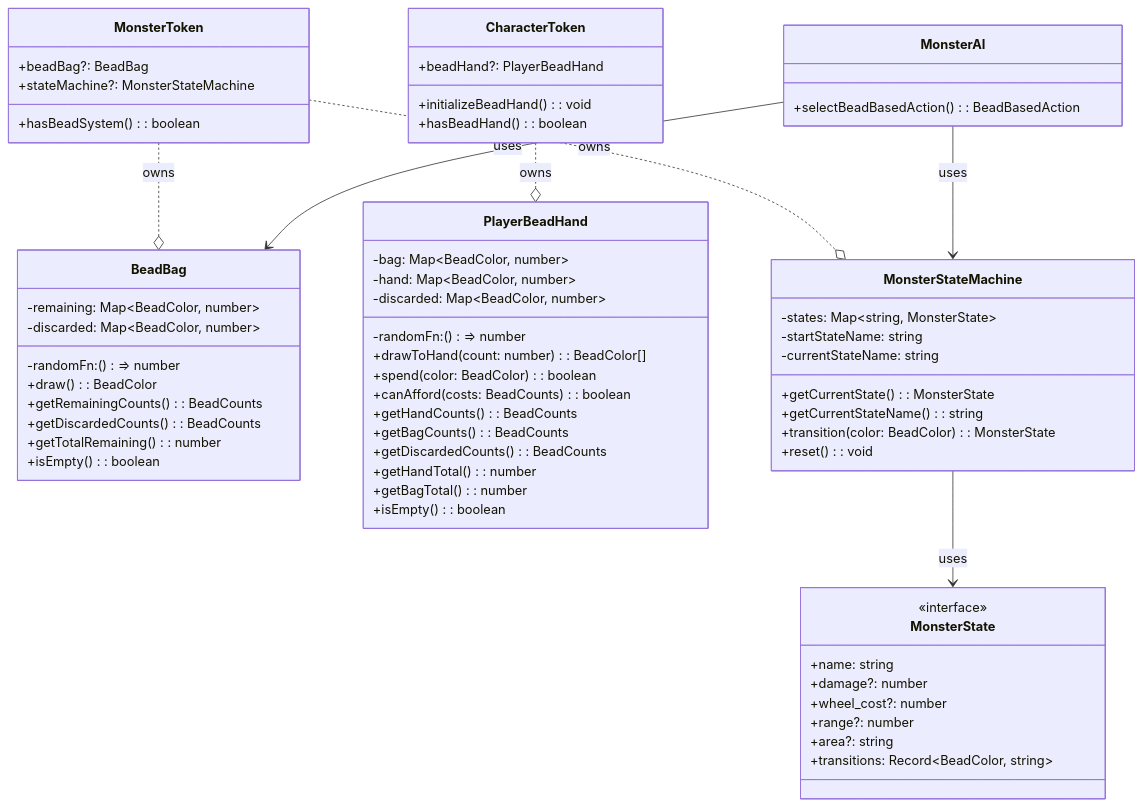
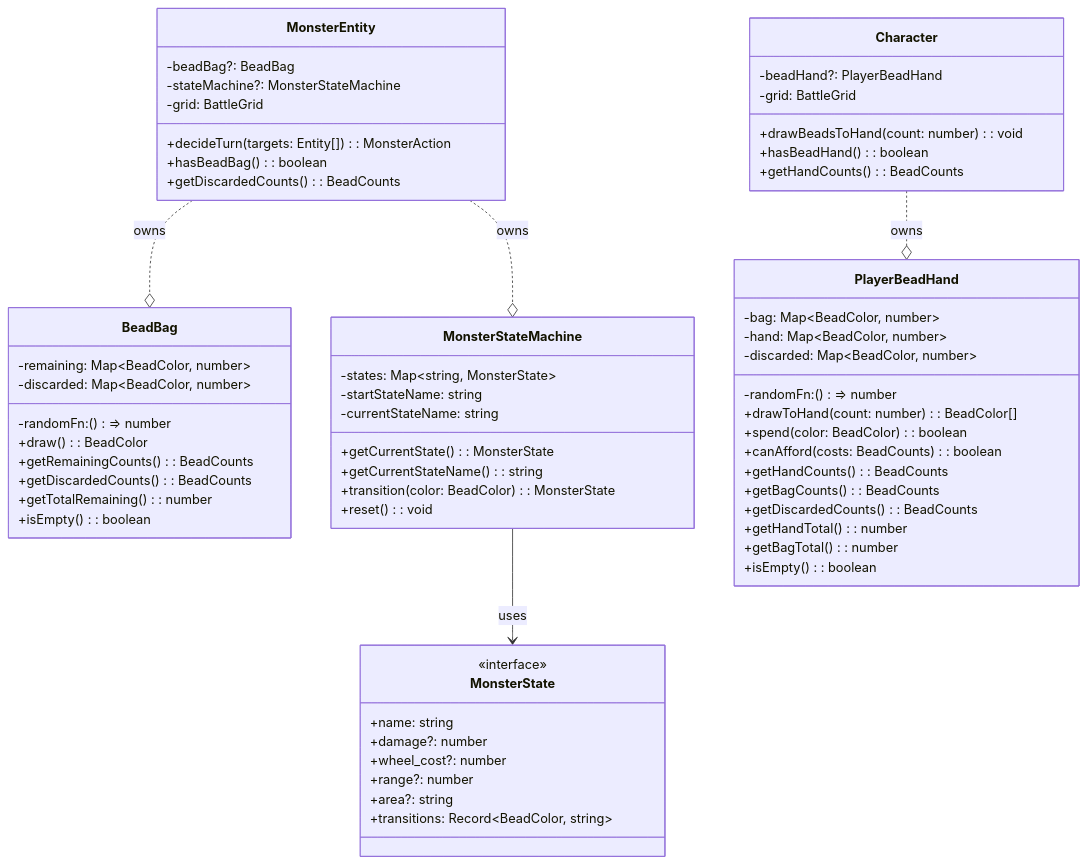
One commit to Dpothier/tabletop-workshop changed the first of 3 diagrams in docs/architecture/bead-system.md. Above: the diagram before and after it, drawn with Mermaid. The commit also changed other lines of this file and 40 other files, not shown here.

First line of the commit message:
feat: implement state/visual separation architecture

````diff
--- a/docs/architecture/bead-system.md
+++ b/docs/architecture/bead-system.md
@@ -26,72 +25,71 @@
 ```mermaid
 classDiagram
     class BeadBag {
         -remaining: Map~BeadColor, number~
         -discarded: Map~BeadColor, number~
         -randomFn: () => number
         +draw(): BeadColor
         +getRemainingCounts(): BeadCounts
         +getDiscardedCounts(): BeadCounts
         +getTotalRemaining(): number
         +isEmpty(): boolean
     }
 
     class PlayerBeadHand {
         -bag: Map~BeadColor, number~
         -hand: Map~BeadColor, number~
         -discarded: Map~BeadColor, number~
         -randomFn: () => number
         +drawToHand(count: number): BeadColor[]
         +spend(color: BeadColor): boolean
         +canAfford(costs: BeadCounts): boolean
         +getHandCounts(): BeadCounts
         +getBagCounts(): BeadCounts
         +getDiscardedCounts(): BeadCounts
         +getHandTotal(): number
         +getBagTotal(): number
         +isEmpty(): boolean
     }
 
     class MonsterStateMachine {
         -states: Map~string, MonsterState~
         -startStateName: string
         -currentStateName: string
         +getCurrentState(): MonsterState
         +getCurrentStateName(): string
         +transition(color: BeadColor): MonsterState
         +reset(): void
     }
 
     class MonsterState {
         <<interface>>
         +name: string
         +damage?: number
         +wheel_cost?: number
         +range?: number
         +area?: string
         +transitions: Record~BeadColor, string~
     }
 
-    class MonsterToken {
-        +beadBag?: BeadBag
-        +stateMachine?: MonsterStateMachine
-        +hasBeadSystem(): boolean
+    class MonsterEntity {
+        -beadBag?: BeadBag
+        -stateMachine?: MonsterStateMachine
+        -grid: BattleGrid
+        +decideTurn(targets: Entity[]): MonsterAction
+        +hasBeadBag(): boolean
+        +getDiscardedCounts(): BeadCounts
     }
 
-    class CharacterToken {
-        +beadHand?: PlayerBeadHand
-        +initializeBeadHand(): void
+    class Character {
+        -beadHand?: PlayerBeadHand
+        -grid: BattleGrid
+        +drawBeadsToHand(count: number): void
         +hasBeadHand(): boolean
-    }
-
-    class MonsterAI {
-        +selectBeadBasedAction(): BeadBasedAction
+        +getHandCounts(): BeadCounts
     }
 
     MonsterStateMachine --> MonsterState : uses
-    MonsterToken ..o BeadBag : owns
-    MonsterToken ..o MonsterStateMachine : owns
-    MonsterAI --> BeadBag : uses
-    MonsterAI --> MonsterStateMachine : uses
-    CharacterToken ..o PlayerBeadHand : owns
+    MonsterEntity ..o BeadBag : owns
+    MonsterEntity ..o MonsterStateMachine : owns
+    Character ..o PlayerBeadHand : owns
 ```
````
